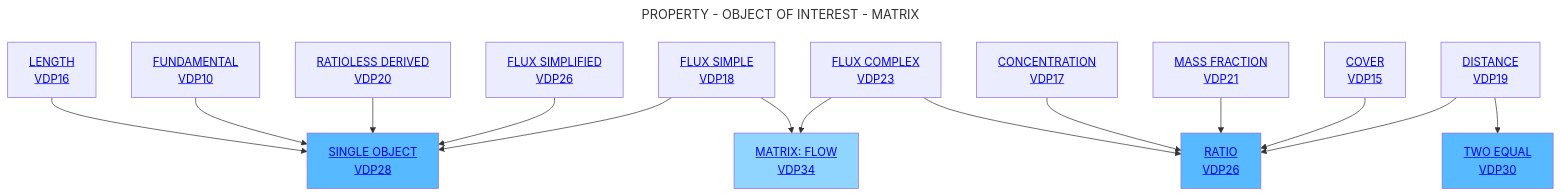
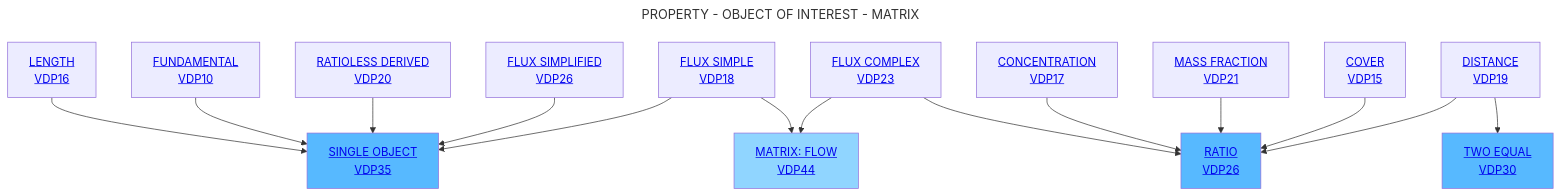
Before and after one commit to mabablue/I-ADOPT-patterns-playground: the diagram in Decisition_trees/DT6.mmd, drawn with Mermaid.

```diff
--- a/Decisition_trees/DT6.mmd
+++ b/Decisition_trees/DT6.mmd
@@ -1,20 +1,20 @@
 ---
 title: PROPERTY - OBJECT OF INTEREST - MATRIX
 ---
 flowchart TD
-    A[<a href='https://github.com/mabablue/I-ADOPT-patterns-playground/blob/main/pattern/VDP16.yaml'>LENGTH <br> VDP16</a>] --> C[<a href='https://github.com/mabablue/I-ADOPT-patterns-playground/blob/main/pattern/VDP28.yaml'>SINGLE OBJECT <br> VDP28</a>]:::satblue
+    A[<a href='https://github.com/mabablue/I-ADOPT-patterns-playground/blob/main/pattern/VDP16.yaml'>LENGTH <br> VDP16</a>] --> C[<a href='https://github.com/mabablue/I-ADOPT-patterns-playground/blob/main/pattern/VDP35.yaml'>SINGLE OBJECT <br> VDP35</a>]:::satblue
     B[<a href='https://github.com/mabablue/I-ADOPT-patterns-playground/blob/main/pattern/VDP10.yaml'>FUNDAMENTAL <br> VDP10</a>]  --> C
     D[<a href='https://github.com/mabablue/I-ADOPT-patterns-playground/blob/main/pattern/VDP20.yaml'>RATIOLESS DERIVED <br> VDP20</a>] --> C
     E[<a href='https://github.com/mabablue/I-ADOPT-patterns-playground/blob/main/pattern/VDP20.yaml'>FLUX SIMPLIFIED <br> VDP26</a>] --> C
     I[<a href='https://github.com/mabablue/I-ADOPT-patterns-playground/blob/main/pattern/VDP23.yaml'>FLUX COMPLEX <br> VDP23</a>] --> F  
     M[<a href='https://github.com/mabablue/I-ADOPT-patterns-playground/blob/main/pattern/VDP17.yaml'>CONCENTRATION <br> VDP17</a>] --> F
     L[<a href='https://github.com/mabablue/I-ADOPT-patterns-playground/blob/main/pattern/VDP21.yaml'>MASS FRACTION <br> VDP21</a>] --> F[<a href='https://github.com/mabablue/I-ADOPT-patterns-playground/blob/main/pattern/VDP26.yaml'>RATIO <br> VDP26</a>]:::satblue
     Q[<a href='https://github.com/mabablue/I-ADOPT-patterns-playground/blob/main/pattern/VDP18.yaml'>FLUX SIMPLE <br> VDP18</a>] --> C
     P[<a href='https://github.com/mabablue/I-ADOPT-patterns-playground/blob/main/pattern/VDP15.yaml'>COVER <br> VDP15</a>] --> F
-    Q --> K[<a href='https://github.com/mabablue/I-ADOPT-patterns-playground/blob/main/pattern/VDP34.yaml'>MATRIX: FLOW <br> VDP34</a>]:::blue
+    Q --> K[<a href='https://github.com/mabablue/I-ADOPT-patterns-playground/blob/main/pattern/VDP44.yaml'>MATRIX: FLOW <br> VDP44</a>]:::blue
     G[<a href='https://github.com/mabablue/I-ADOPT-patterns-playground/blob/main/pattern/VDP23.yaml'>DISTANCE <br> VDP19</a>] --> F 
     G --> R[<a href='https://github.com/mabablue/I-ADOPT-patterns-playground/blob/main/pattern/VDP30.yaml'>TWO EQUAL <br> VDP30</a>]:::satblue
     I --> K
 
    classDef blue fill:#90D5FF
    classDef satblue fill:#57B9FF
```
